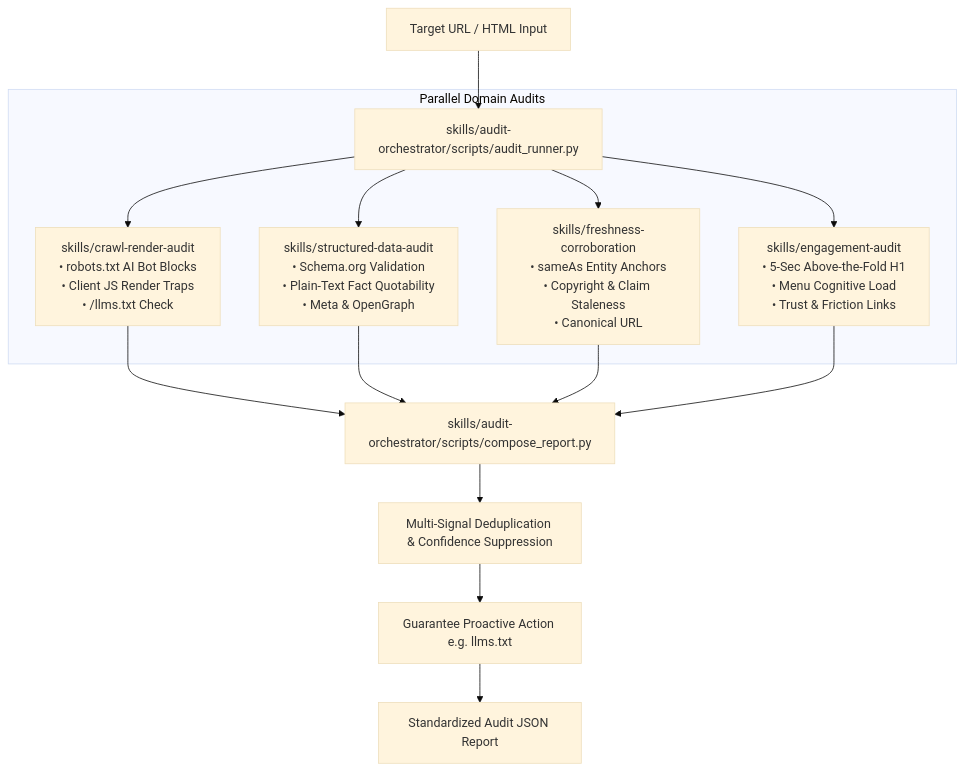
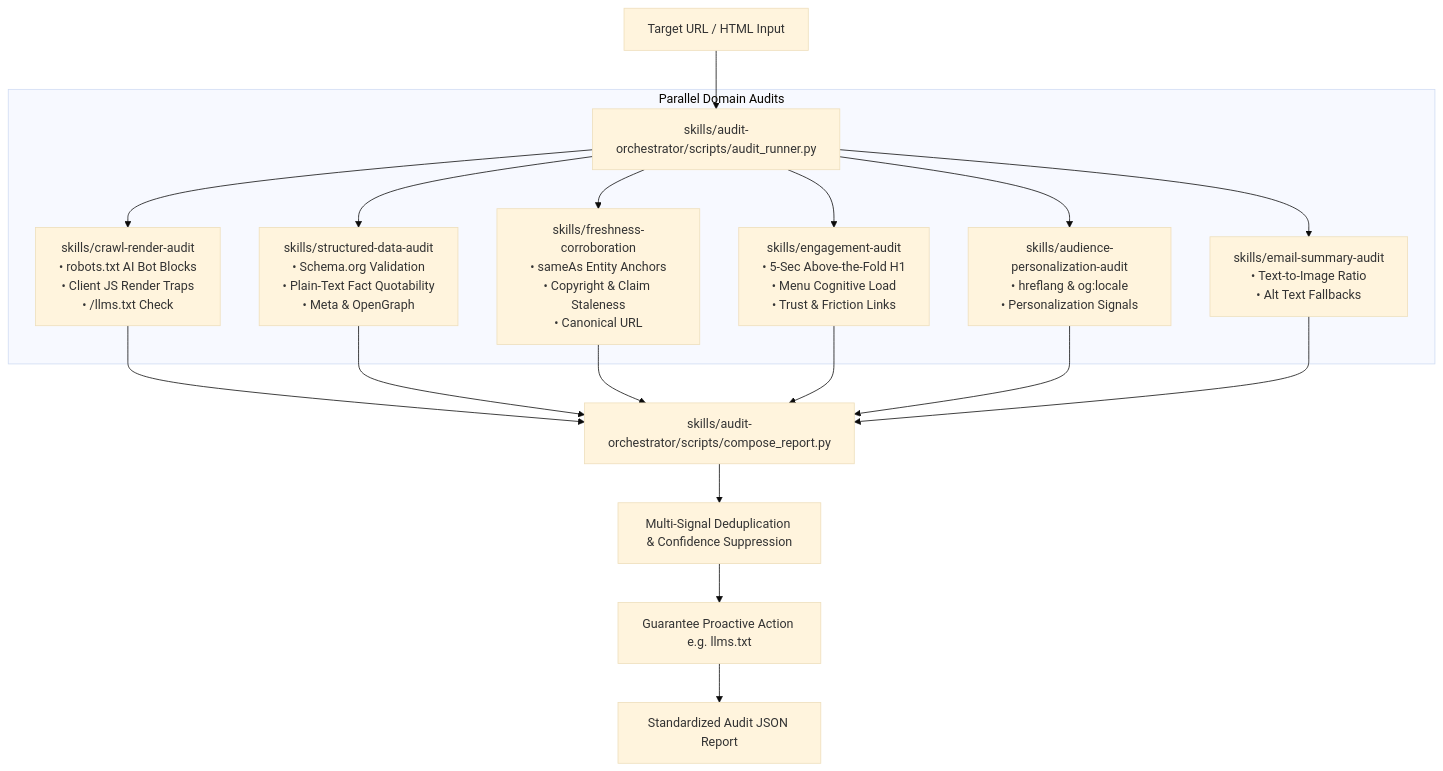
One commit to Khilankanadia/brand-ai-readiness-audit changed the diagram in brand-ai-readiness-audit/README.md. Above: the diagram before and after it, drawn with Mermaid (base theme). The commit also changed other lines of this file and 9 other files, not shown here.

````diff
--- a/brand-ai-readiness-audit/README.md
+++ b/brand-ai-readiness-audit/README.md
@@ -63,20 +71,24 @@
 ```mermaid
 flowchart TD
     Target[Target URL / HTML Input] --> Entrypoint[skills/audit-orchestrator/scripts/audit_runner.py]
     
     subgraph Parallel Domain Audits
         Entrypoint --> S1[skills/crawl-render-audit<br/>• robots.txt AI Bot Blocks<br/>• Client JS Render Traps<br/>• /llms.txt Check]
         Entrypoint --> S2[skills/structured-data-audit<br/>• Schema.org Validation<br/>• Plain-Text Fact Quotability<br/>• Meta & OpenGraph]
         Entrypoint --> S3[skills/freshness-corroboration<br/>• sameAs Entity Anchors<br/>• Copyright & Claim Staleness<br/>• Canonical URL]
         Entrypoint --> S4[skills/engagement-audit<br/>• 5-Sec Above-the-Fold H1<br/>• Menu Cognitive Load<br/>• Trust & Friction Links]
+        Entrypoint --> S5[skills/audience-personalization-audit<br/>• hreflang & og:locale<br/>• Personalization Signals]
+        Entrypoint --> S6[skills/email-summary-audit<br/>• Text-to-Image Ratio<br/>• Alt Text Fallbacks]
     end
 
     S1 --> Aggregator[skills/audit-orchestrator/scripts/compose_report.py]
     S2 --> Aggregator
     S3 --> Aggregator
     S4 --> Aggregator
+    S5 --> Aggregator
+    S6 --> Aggregator
 
     Aggregator --> Dedupe[Multi-Signal Deduplication & Confidence Suppression]
     Dedupe --> Proactive[Guarantee Proactive Action e.g. llms.txt]
     Proactive --> FinalReport[Standardized Audit JSON Report]
 ```
````
